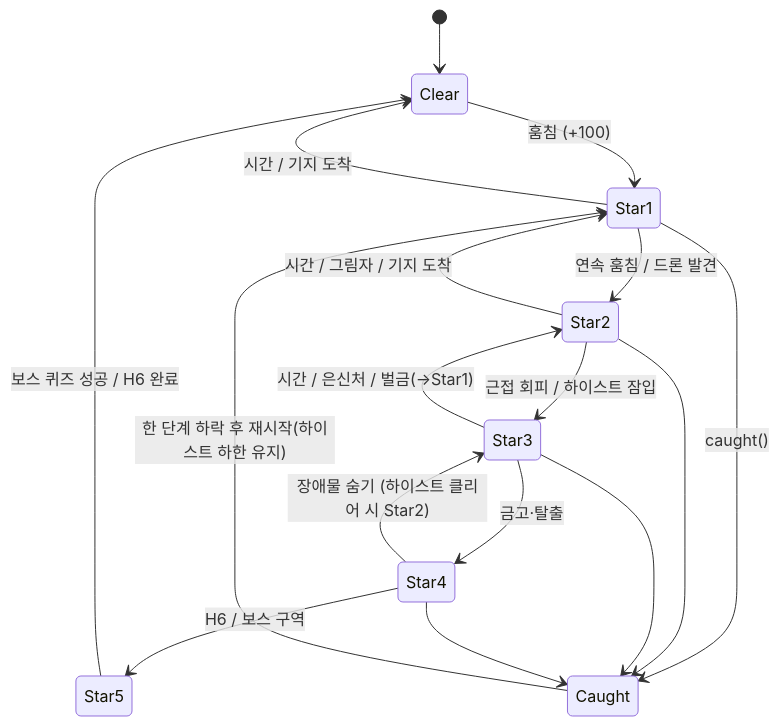
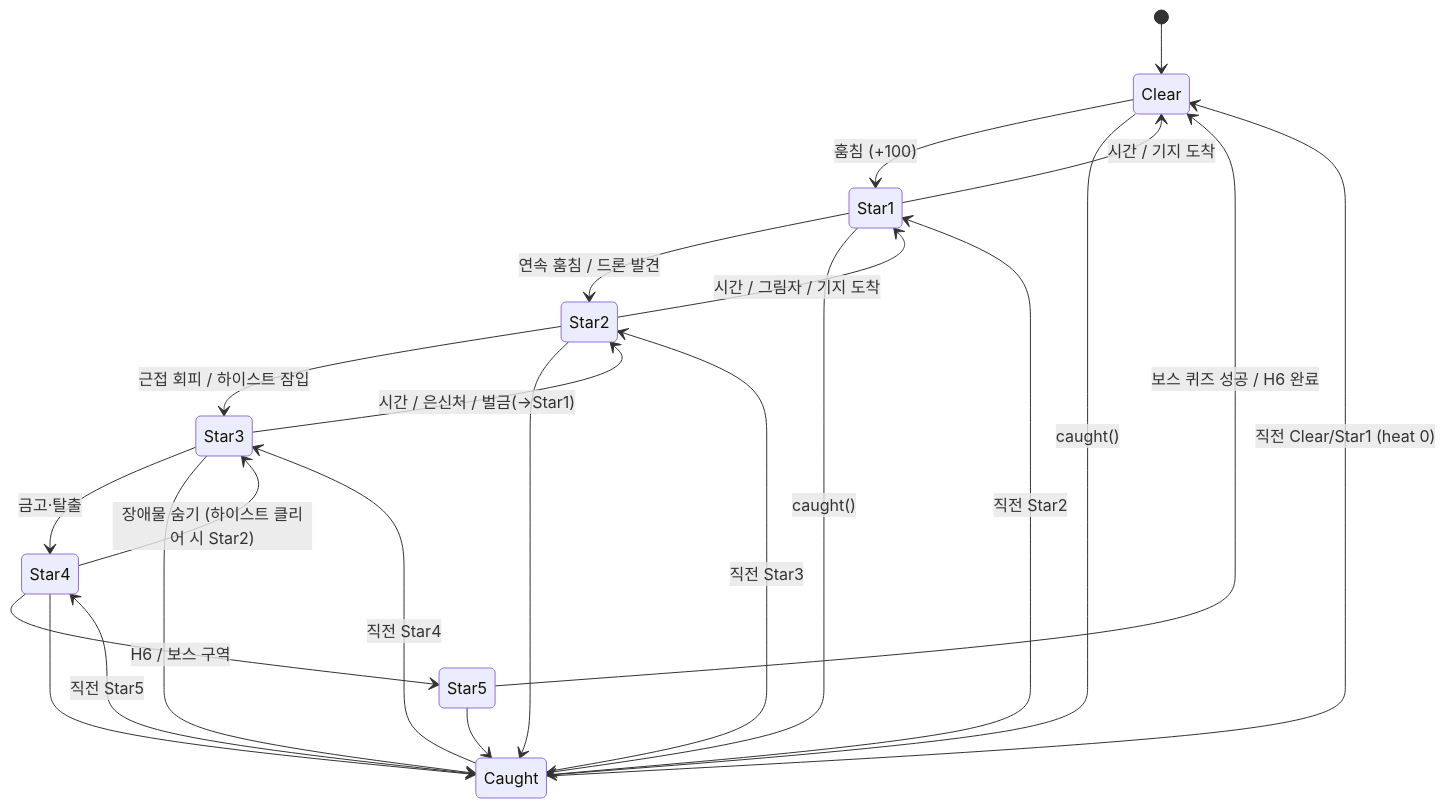
One commit to KusBeoms/science changed the second of 3 diagrams in docs/GAMEPLAY_SYSTEMS.md. Above: the diagram before and after it, drawn with Mermaid. The commit also changed other lines of this file and 4 other files, not shown here.

````diff
--- a/docs/GAMEPLAY_SYSTEMS.md
+++ b/docs/GAMEPLAY_SYSTEMS.md
@@ -208,19 +218,25 @@
 ```mermaid
 stateDiagram-v2
   [*] --> Clear
   Clear --> Star1: 훔침 (+100)
   Star1 --> Clear: 시간 / 기지 도착
   Star1 --> Star2: 연속 훔침 / 드론 발견
   Star2 --> Star1: 시간 / 그림자 / 기지 도착
   Star2 --> Star3: 근접 회피 / 하이스트 잠입
   Star3 --> Star2: 시간 / 은신처 / 벌금(→Star1)
   Star3 --> Star4: 금고·탈출
   Star4 --> Star3: 장애물 숨기 (하이스트 클리어 시 Star2)
   Star4 --> Star5: H6 / 보스 구역
   Star5 --> Clear: 보스 퀴즈 성공 / H6 완료
+  Clear --> Caught: caught()
   Star1 --> Caught: caught()
   Star2 --> Caught
   Star3 --> Caught
   Star4 --> Caught
-  Caught --> Star1: 한 단계 하락 후 재시작(하이스트 하한 유지)
+  Star5 --> Caught
+  Caught --> Clear: 직전 Clear/Star1 (heat 0)
+  Caught --> Star1: 직전 Star2
+  Caught --> Star2: 직전 Star3
+  Caught --> Star3: 직전 Star4
+  Caught --> Star4: 직전 Star5
 ```
````
